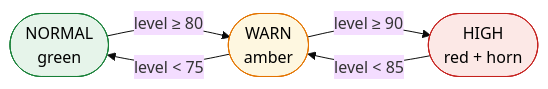
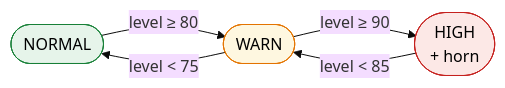
Before and after one commit to luqmanyusof/industrial-iot-raspberry-pi: the fourth of 6 diagrams in day2.md, drawn with Mermaid (base theme). The commit also changed other lines of this file and 34 other files, not shown here.

````diff
--- a/day2.md
+++ b/day2.md
@@ -516,13 +553,13 @@
 ```mermaid
 flowchart LR
-    N(["NORMAL<br/>green"]) -- "level ≥ 80" --> W(["WARN<br/>amber"])
-    W -- "level ≥ 90" --> H(["HIGH<br/>red + horn"])
+    N(["NORMAL"]) -- "level ≥ 80" --> W(["WARN"])
+    W -- "level ≥ 90" --> H(["HIGH<br/>+ horn"])
     H -- "level < 85" --> W
     W -- "level < 75" --> N
     classDef n fill:#e6f4ea,stroke:#188038,color:#000
     classDef w fill:#fef7e0,stroke:#e37400,color:#000
     classDef h fill:#fce8e6,stroke:#c5221f,color:#000
     class N n
     class W w
     class H h
 ```
````
